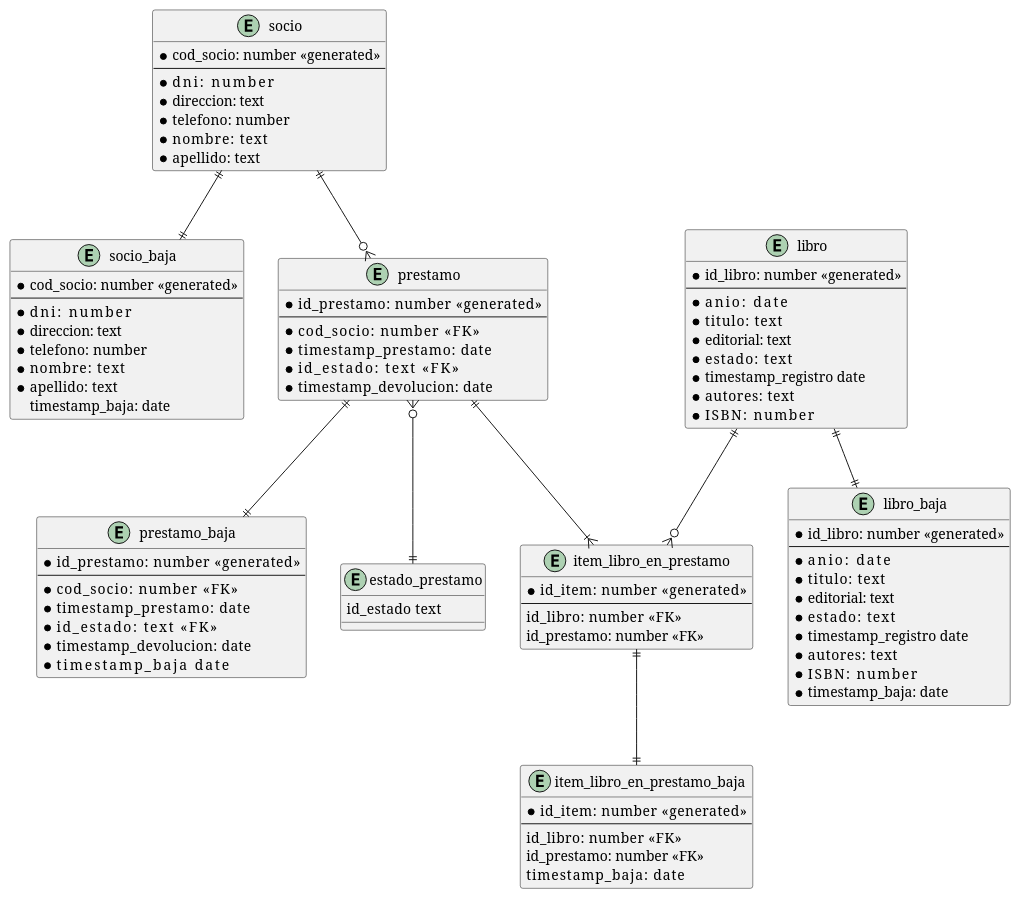
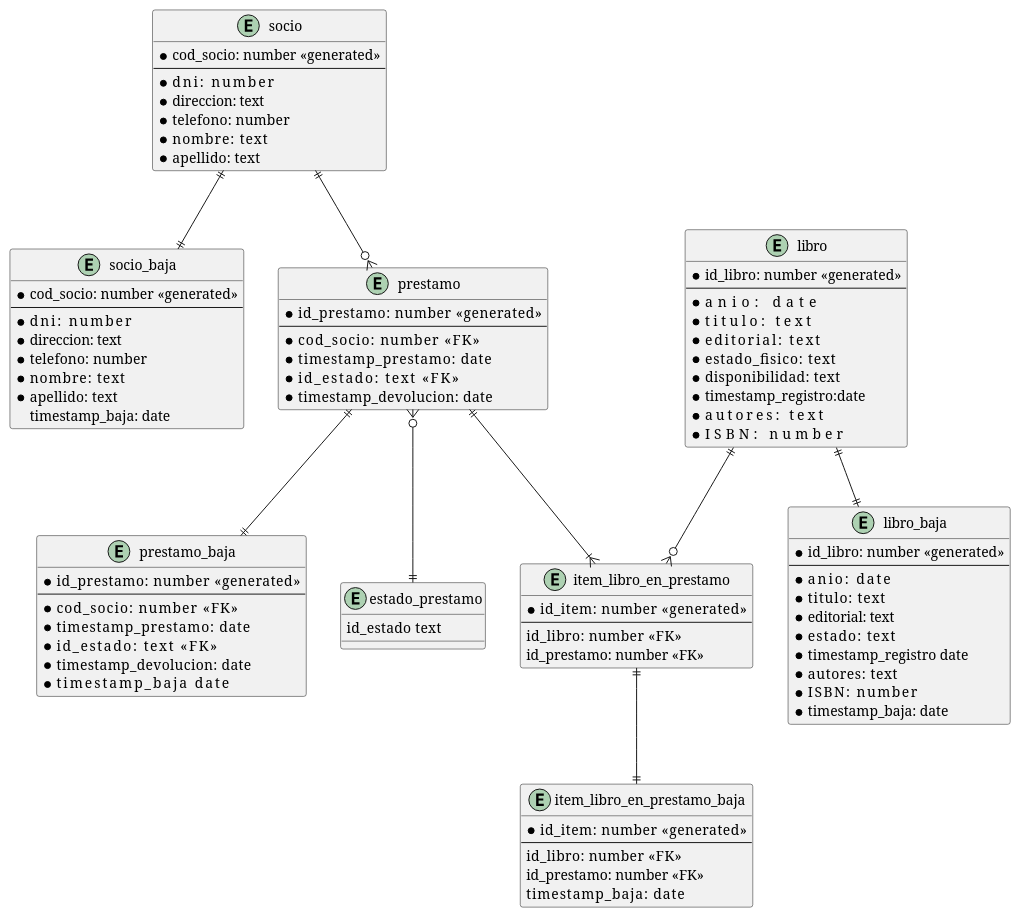
The diagram in 1-Biblioteca/biblioteca.pu (DiegoGit35/BaseDeDatos), drawn with PlantUML before and after one commit. The commit also changed 9 other files, not shown here.

```diff
--- a/1-Biblioteca/biblioteca.pu
+++ b/1-Biblioteca/biblioteca.pu
@@ -1,95 +1,96 @@
 @startuml
   entity socio{
     *cod_socio: number «generated»
     --
     *dni:       number
     *direccion: text
     *telefono:  number
     *nombre:    text
     *apellido:  text
   }
 
   entity socio_baja{
     *cod_socio: number «generated»
     --
     *dni:       number
     *direccion: text
     *telefono:  number
     *nombre:    text
     *apellido:  text
     timestamp_baja: date
   }
 
   entity libro{
     *id_libro:  number «generated»
     --
-    *anio:      date
-    *titulo:    text
-    *editorial: text
-    *estado:    text
-    *timestamp_registro date
-    *autores:   text
-    *ISBN:      number
+    *anio:              date
+    *titulo:            text
+    *editorial:         text
+    *estado_fisico:     text
+    *disponibilidad:    text
+    *timestamp_registro:date
+    *autores:           text
+    *ISBN:              number
   }
 
   entity libro_baja{
     *id_libro:  number «generated»
     --
     *anio:      date
     *titulo:    text
     *editorial: text
     *estado:    text
     *timestamp_registro date
     *autores:   text
     *ISBN:      number
     *timestamp_baja: date
   }
 
   entity item_libro_en_prestamo {
     *id_item:    number  «generated»
     --
     id_libro:    number  «FK»
     id_prestamo: number  «FK»
   }
 
   entity item_libro_en_prestamo_baja {
     *id_item:    number  «generated»
     --
     id_libro:    number  «FK»
     id_prestamo: number  «FK»
     timestamp_baja:      date
   }
 
   entity prestamo{
     *id_prestamo:     number  «generated»
     --
     *cod_socio:       number  «FK»
     *timestamp_prestamo:      date
     *id_estado: text          «FK»
     *timestamp_devolucion:    date
   }
 
   entity prestamo_baja{
     *id_prestamo:     number  «generated»
     --
     *cod_socio:       number  «FK»
     *timestamp_prestamo:      date
     *id_estado: text          «FK»
     *timestamp_devolucion:    date
     *timestamp_baja           date
   }
 
   entity estado_prestamo{
     id_estado  text
   }
 
 libro     ||--o{    item_libro_en_prestamo
 prestamo  ||--|{    item_libro_en_prestamo
 socio     ||--o{    prestamo
 prestamo  }o--||    estado_prestamo
 
 libro     ||--||    libro_baja
 prestamo  ||--||    prestamo_baja
 socio     ||--||    socio_baja
 item_libro_en_prestamo  ||--||    item_libro_en_prestamo_baja
 @enduml
```
